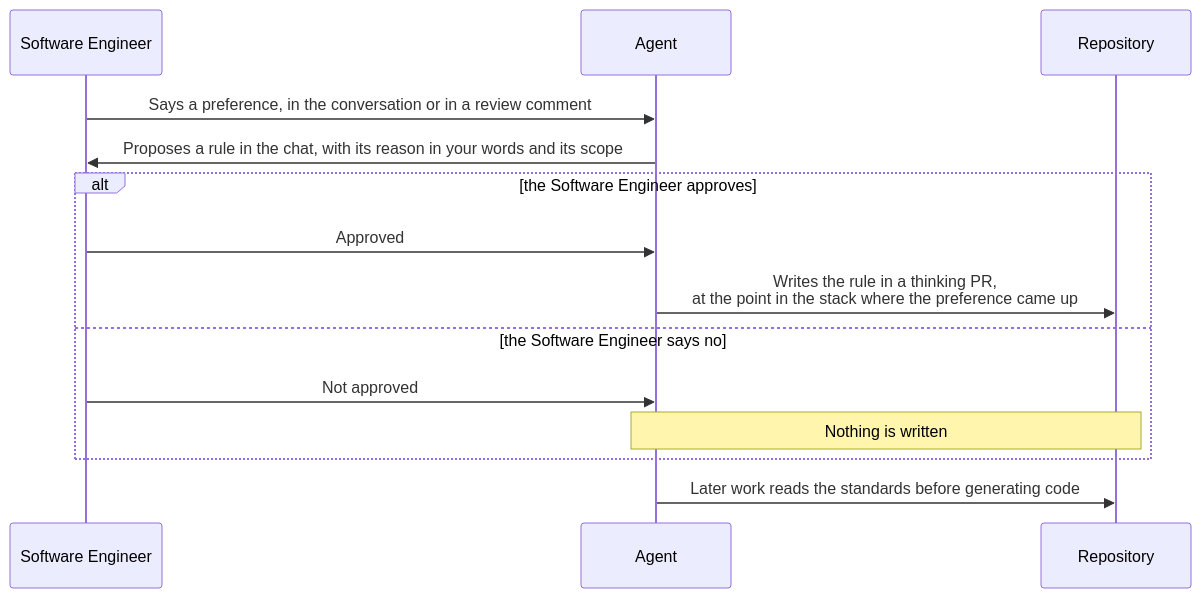
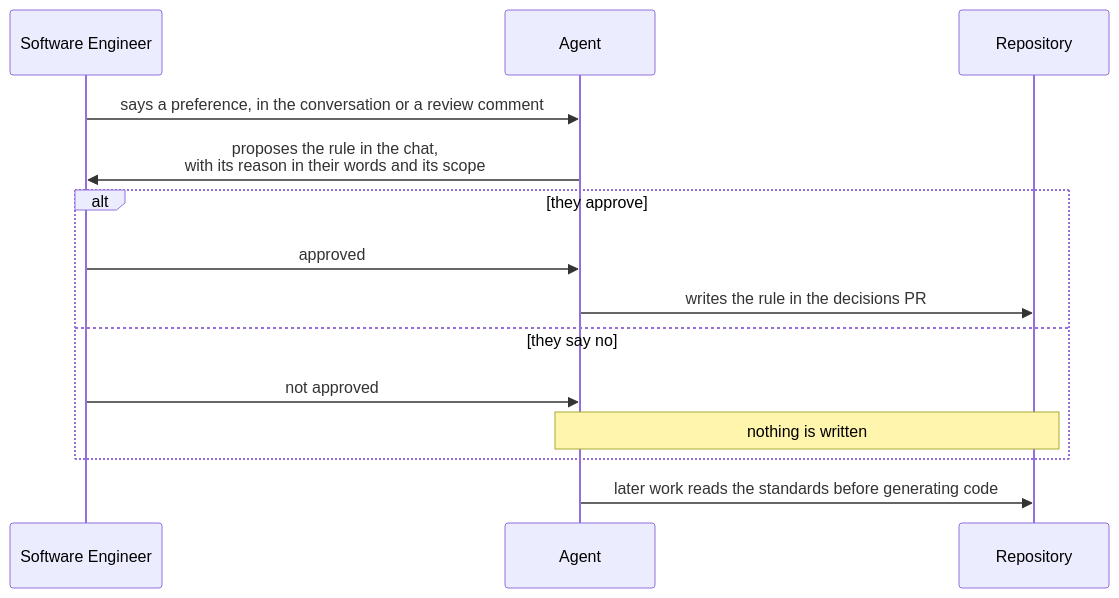
Before and after one commit to chandanbsd/baseline-framework: the diagram in docs/agents/standards.md, drawn with Mermaid. The commit also changed other lines of this file and 6 other files, not shown here.

First line of the commit message:
docs: AGENTS.md and the playbooks follow the new flow, and the docs-agent playbook goes

````diff
--- a/docs/agents/standards.md
+++ b/docs/agents/standards.md
@@ -50,16 +24,16 @@
 ```mermaid
 sequenceDiagram
     participant E as Software Engineer
     participant A as Agent
     participant P as Repository
-    E->>A: Says a preference, in the conversation or in a review comment
-    A->>E: Proposes a rule in the chat, with its reason in your words and its scope
-    alt the Software Engineer approves
-        E->>A: Approved
-        A->>P: Writes the rule in a thinking PR,<br/>at the point in the stack where the preference came up
-    else the Software Engineer says no
-        E->>A: Not approved
-        Note over A,P: Nothing is written
+    E->>A: says a preference, in the conversation or a review comment
+    A->>E: proposes the rule in the chat,<br/>with its reason in their words and its scope
+    alt they approve
+        E->>A: approved
+        A->>P: writes the rule in the decisions PR
+    else they say no
+        E->>A: not approved
+        Note over A,P: nothing is written
     end
-    A->>P: Later work reads the standards before generating code
+    A->>P: later work reads the standards before generating code
 ```
````
